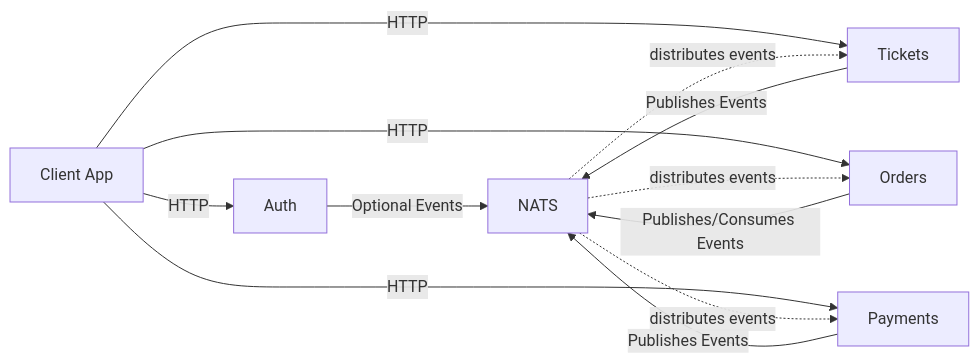
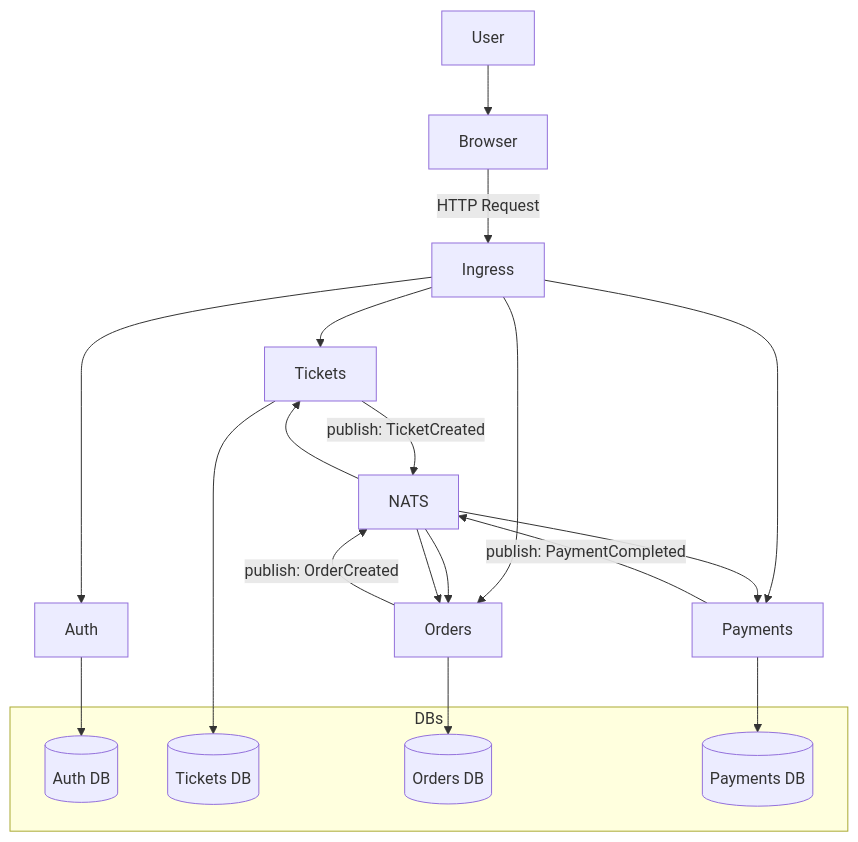
One commit to Zaidshaikh2811/Tickets changed the first of 2 diagrams in README.md. Above: the diagram before and after it, drawn with Mermaid. The commit also changed other lines of this file and 19 other files, not shown here.

````diff
--- a/README.md
+++ b/README.md
@@ -21,16 +60,30 @@
 ```mermaid
-flowchart LR
-    Client[Client App] -->|HTTP| Auth
-    Client -->|HTTP| Tickets
-    Client -->|HTTP| Orders
-    Client -->|HTTP| Payments
+flowchart TD
+  User --> Browser
+  Browser -->|HTTP Request| Ingress
 
-    Tickets -->|Publishes Events| NATS
-    Orders -->|Publishes/Consumes Events| NATS
-    Payments -->|Publishes Events| NATS
-    Auth -->|Optional Events| NATS
+  Ingress --> Auth
+  Ingress --> Tickets
+  Ingress --> Orders
+  Ingress --> Payments
 
-    NATS -. distributes events .-> Tickets
-    NATS -. distributes events .-> Orders
-    NATS -. distributes events .-> Payments
+  Tickets -->|publish: TicketCreated| NATS
+  NATS --> Orders
+  Orders -->|publish: OrderCreated| NATS
+  NATS --> Payments
+  Payments -->|publish: PaymentCompleted| NATS
+  NATS --> Orders
+  NATS --> Tickets
+
+  subgraph DBs
+    A[(Auth DB)]
+    T[(Tickets DB)]
+    O[(Orders DB)]
+    P[(Payments DB)]
+  end
+
+  Auth --> A
+  Tickets --> T
+  Orders --> O
+  Payments --> P
 ```
````
